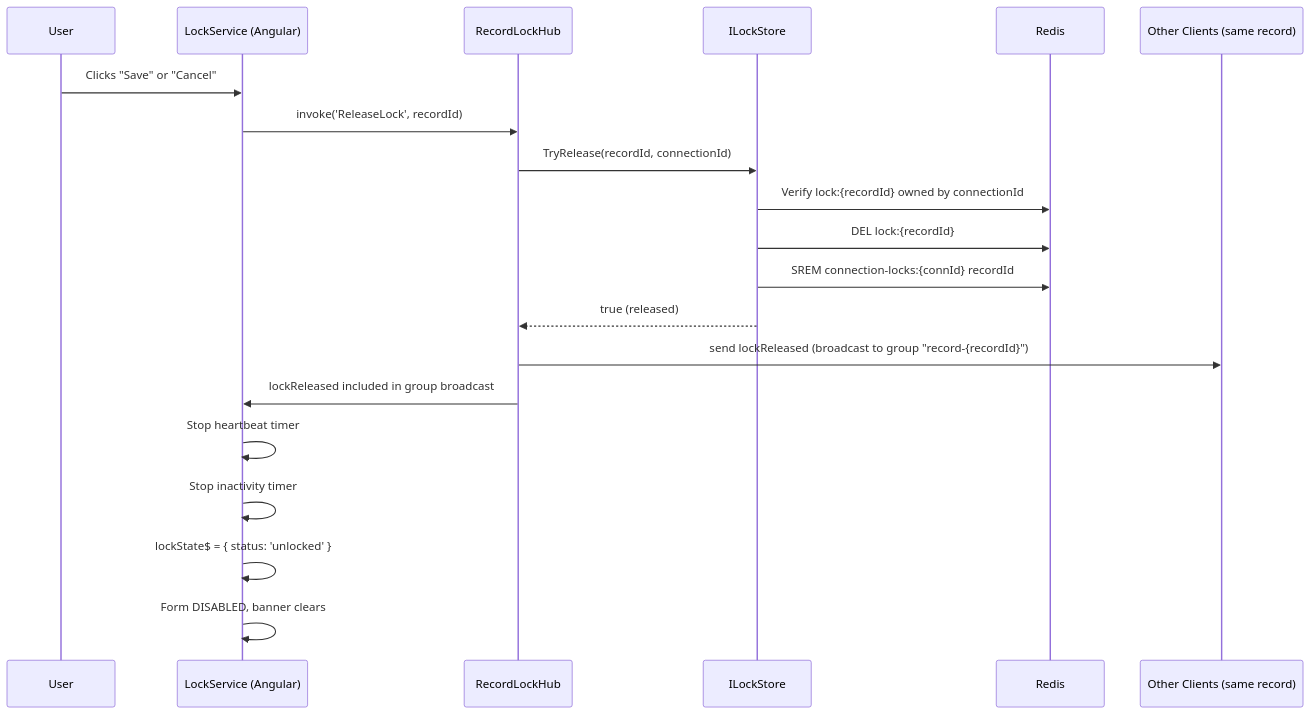
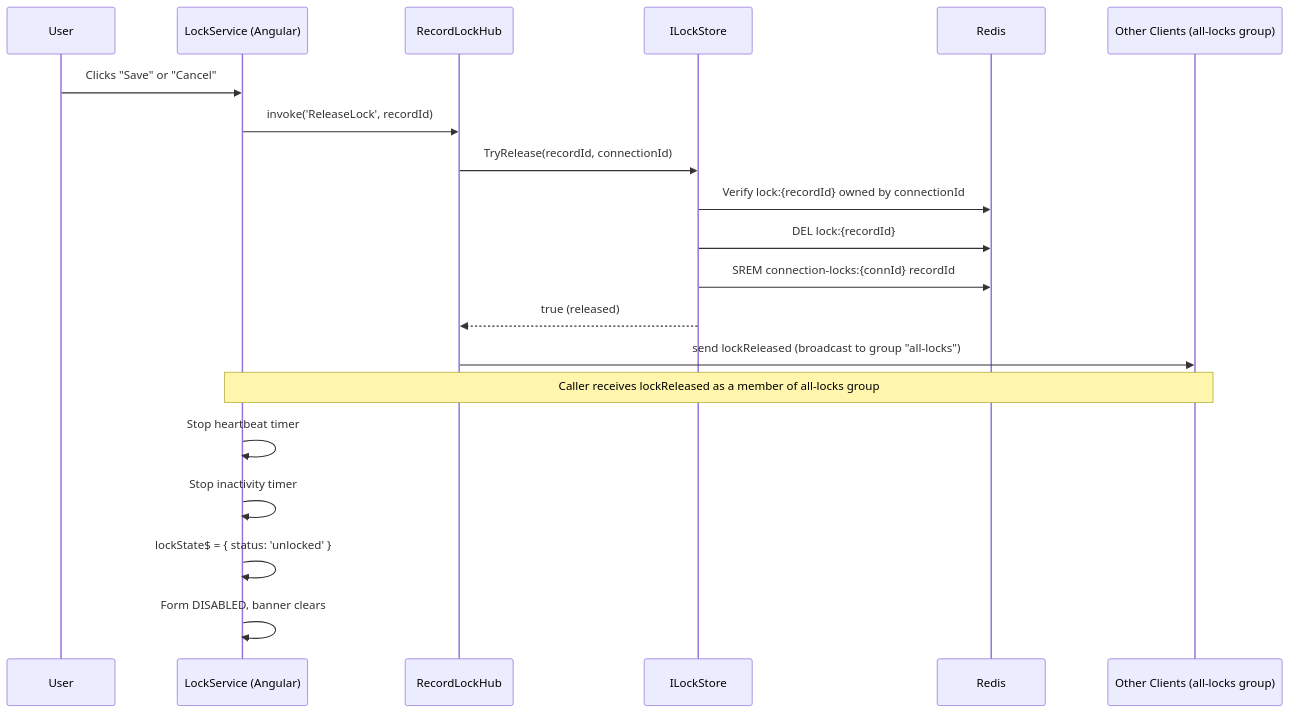
One commit to jasveersingh-tz/signalR changed the eighth of 9 diagrams in docs/ARCHITECTURE.md. Above: the diagram before and after it, drawn with Mermaid. The commit also changed other lines of this file, not shown here.

Commit message:
architecture updated as per latest flow

````diff
--- a/docs/ARCHITECTURE.md
+++ b/docs/ARCHITECTURE.md
@@ -228,26 +240,26 @@
 ```mermaid
 sequenceDiagram
     participant U as User
     participant FE as LockService (Angular)
     participant H as RecordLockHub
     participant S as ILockStore
     participant R as Redis
-    participant OC as Other Clients (same record)
+    participant OC as Other Clients (all-locks group)
 
     U->>FE: Clicks "Save" or "Cancel"
     FE->>H: invoke('ReleaseLock', recordId)
 
     H->>S: TryRelease(recordId, connectionId)
     S->>R: Verify lock:{recordId} owned by connectionId
     S->>R: DEL lock:{recordId}
     S->>R: SREM connection-locks:{connId} recordId
     S-->>H: true (released)
 
-    H->>OC: send lockReleased (broadcast to group "record-{recordId}")
-    H->>FE: lockReleased included in group broadcast
+    H->>OC: send lockReleased (broadcast to group "all-locks")
+    Note over FE,OC: Caller receives lockReleased as a member of all-locks group
 
     FE->>FE: Stop heartbeat timer
     FE->>FE: Stop inactivity timer
     FE->>FE: lockState$ = { status: 'unlocked' }
     FE->>FE: Form DISABLED, banner clears
 ```
````
